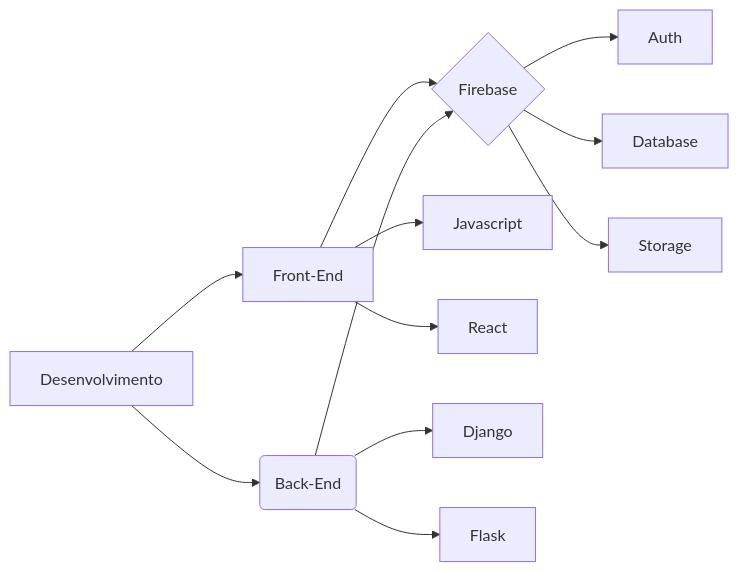
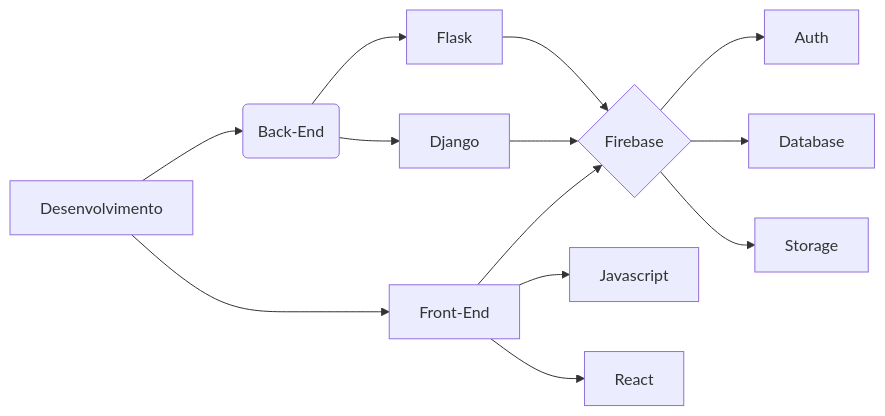
Before and after one commit to SauloCandeira/SauloCandeira: the first of 2 diagrams in README.md, drawn with Mermaid.

````diff
--- a/README.md
+++ b/README.md
@@ -60,19 +60,18 @@
 ```mermaid
 flowchart LR
 
 Z[Desenvolvimento] --> A[Front-End]
 Z  --> B
 
 A[Front-End] --> C{Firebase}
 A[Front-End] --> I[Javascript]
 A[Front-End] --> J[React]
 
-B(Back-End) --> C{Firebase}
-B(Back-End) --> G[Django]
-B(Back-End) --> H[Flask]
+B(Back-End) --> G[Django] --> C{Firebase}
+B(Back-End) --> H[Flask] --> C{Firebase}
 
 
 C --> D[Auth]
 C --> E[Database]
 C --> F[Storage]
 ```
````
